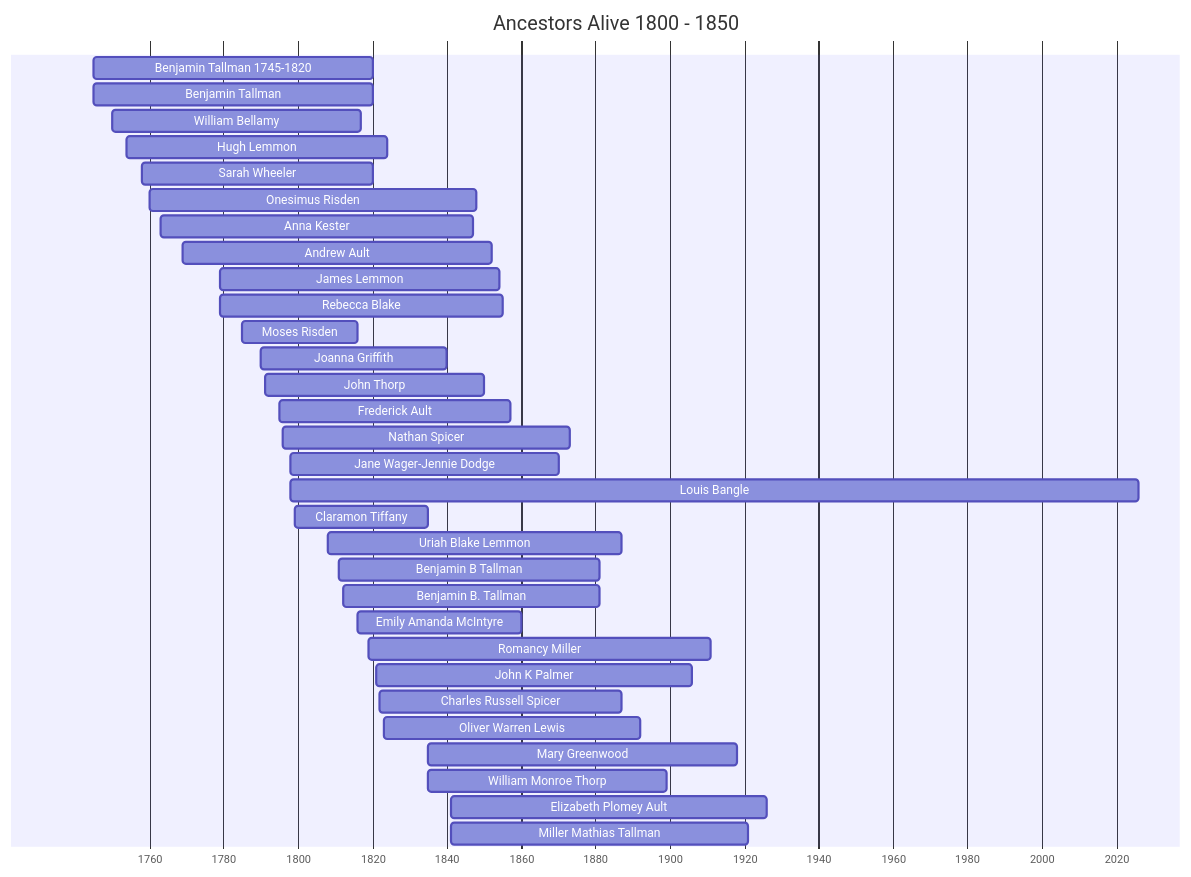
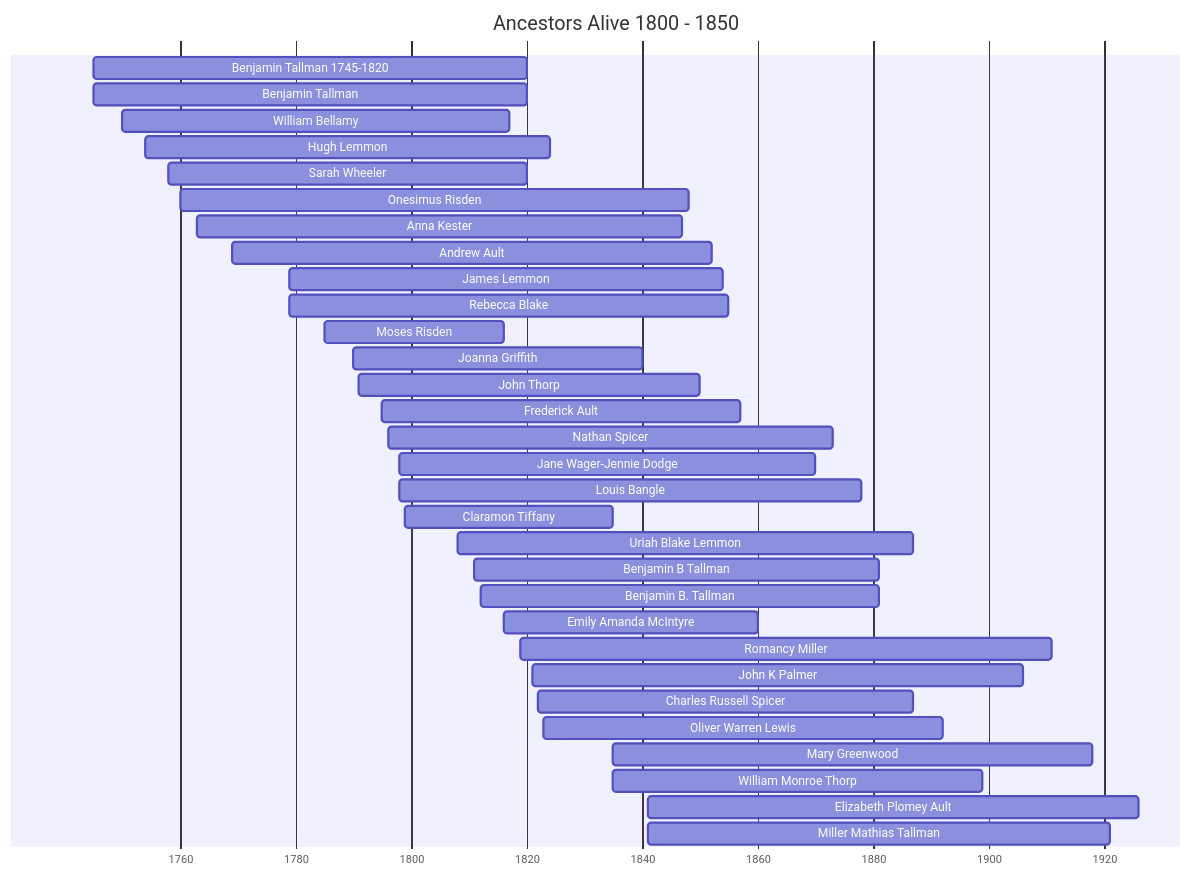
Before and after one commit to zcopley/thorpe-family-research: the diagram in Topics/Ancestors of the 1800-1850 Era.md, drawn with Mermaid. The commit also changed other lines of this file and 62 other files, not shown here.

````diff
--- a/Topics/Ancestors of the 1800-1850 Era.md
+++ b/Topics/Ancestors of the 1800-1850 Era.md
@@ -16,37 +16,37 @@
 ```mermaid
 gantt
     title Ancestors Alive 1800 - 1850
     dateFormat  YYYY
     axisFormat  %Y
     tickInterval 5y
     Benjamin Tallman 1745-1820 : 1745, 1820
     Benjamin Tallman : 1745, 1820
     William Bellamy : 1750, 1817
     Hugh Lemmon : 1754, 1824
     Sarah Wheeler : 1758, 1820
     Onesimus Risden : 1760, 1848
     Anna Kester : 1763, 1847
     Andrew Ault : 1769, 1852
     James Lemmon : 1779, 1854
     Rebecca Blake : 1779, 1855
     Moses Risden : 1785, 1816
     Joanna Griffith : 1790, 1840
     John Thorp : 1791, 1850
     Frederick Ault : 1795, 1857
     Nathan Spicer : 1796, 1873
     Jane Wager-Jennie Dodge : 1798, 1870
-    Louis Bangle : 1798, 2026
+    Louis Bangle : 1798, 1878
     Claramon Tiffany : 1799, 1835
     Uriah Blake Lemmon : 1808, 1887
     Benjamin B Tallman : 1811, 1881
     Benjamin B. Tallman : 1812, 1881
     Emily Amanda McIntyre : 1816, 1860
     Romancy Miller : 1819, 1911
     John K Palmer : 1821, 1906
     Charles Russell Spicer : 1822, 1887
     Oliver Warren Lewis : 1823, 1892
     Mary Greenwood : 1835, 1918
     William Monroe Thorp : 1835, 1899
     Elizabeth Plomey Ault : 1841, 1926
     Miller Mathias Tallman : 1841, 1921
 ```
````
